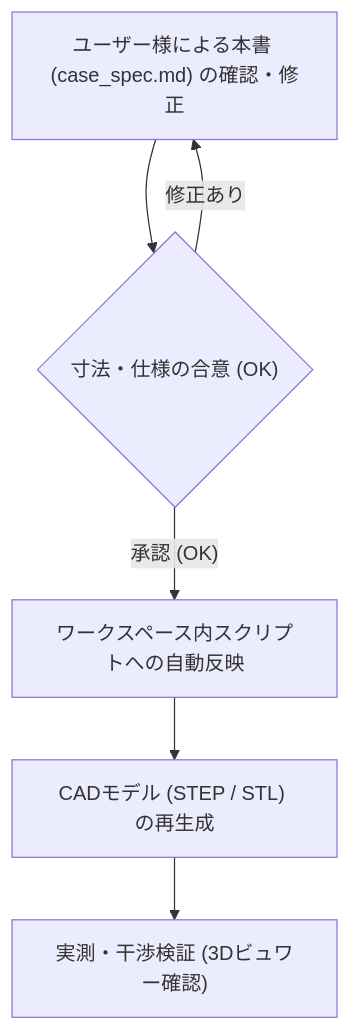
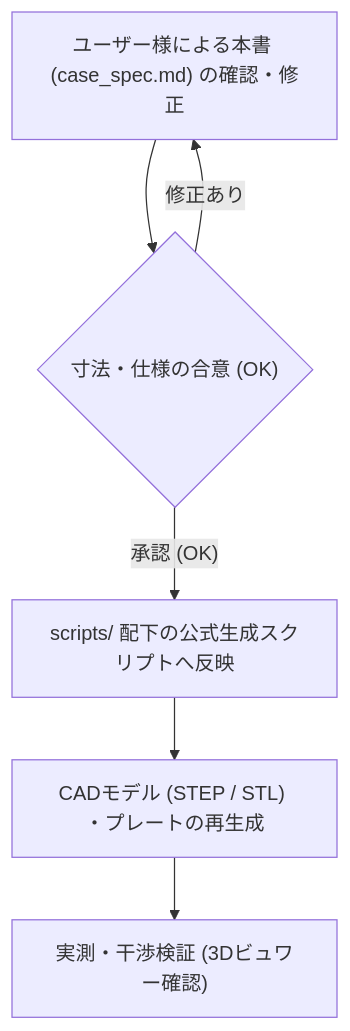
One commit to oktntko/curcur40 changed the diagram in docs/curcur40/case_spec.md. Above: the diagram before and after it, drawn with Mermaid. The commit also changed other lines of this file and 801 other files, not shown here.

````diff
--- a/docs/curcur40/case_spec.md
+++ b/docs/curcur40/case_spec.md
@@ -350,8 +361,8 @@
 ```mermaid
 flowchart TD
     A["ユーザー様による本書 (case_spec.md) の確認・修正"] --> B{"寸法・仕様の合意 (OK)"}
     B -- "修正あり" --> A
-    B -- "承認 (OK)" --> C["ワークスペース内スクリプトへの自動反映"]
-    C --> D["CADモデル (STEP / STL) の再生成"]
+    B -- "承認 (OK)" --> C["scripts/ 配下の公式生成スクリプトへ反映"]
+    C --> D["CADモデル (STEP / STL) ・プレートの再生成"]
     D --> E["実測・干渉検証 (3Dビュワー確認)"]
 ```
````
